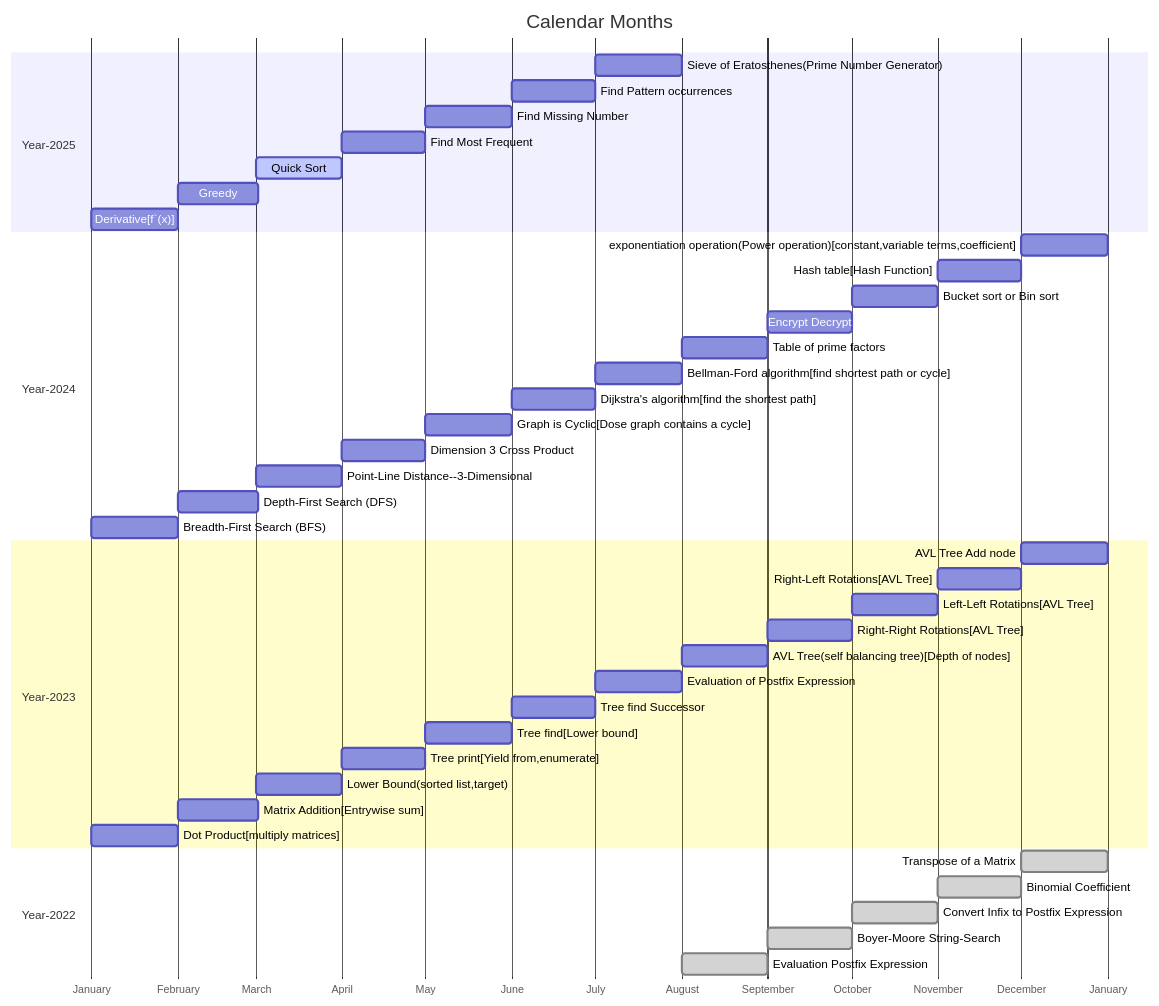
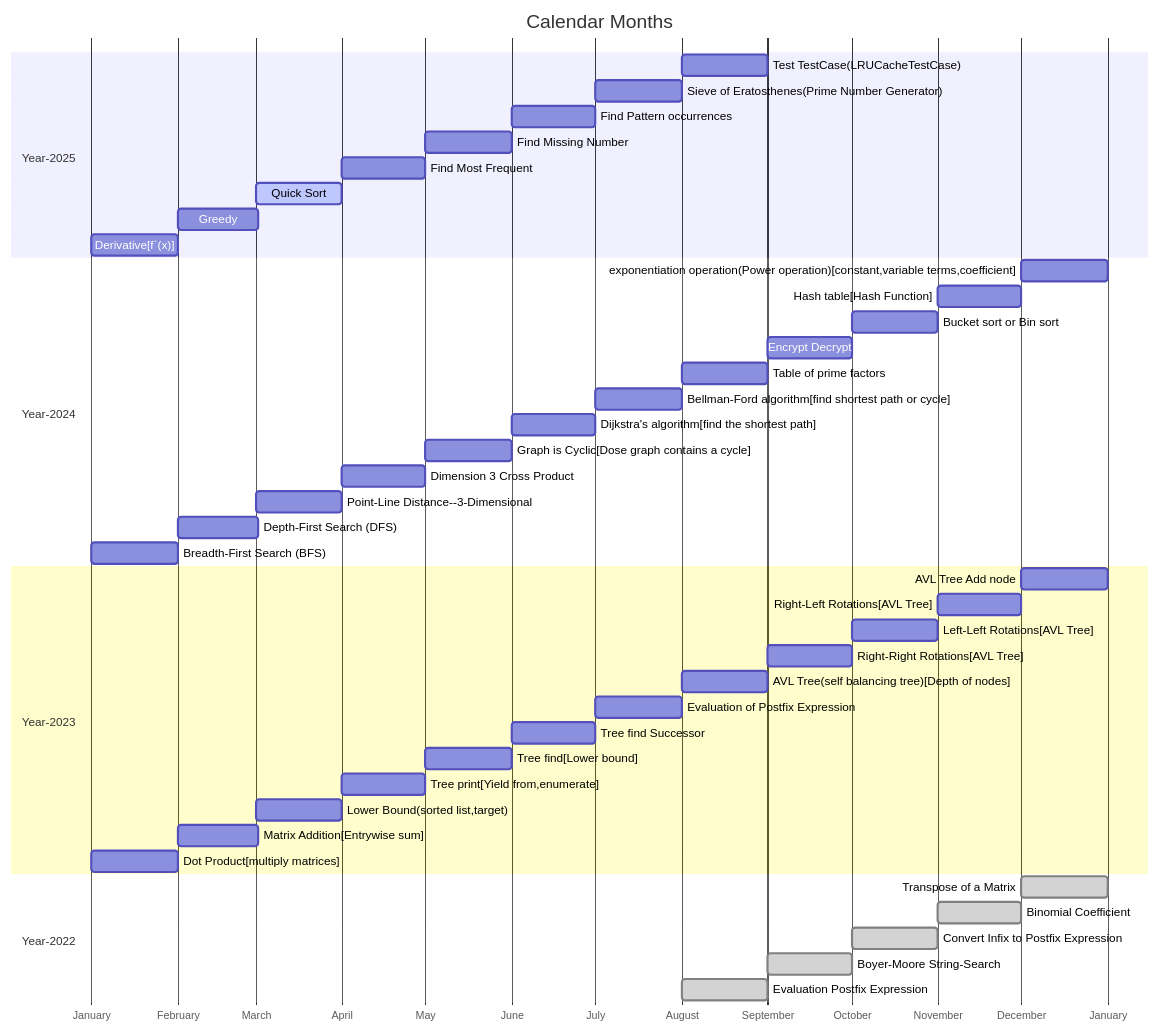
The diagram in src/calendar.md (softtiny/docs.calendar), drawn with Mermaid before and after one commit. The commit also changed 2 other files, not shown here.

````diff
--- a/src/calendar.md
+++ b/src/calendar.md
@@ -2,47 +2,48 @@
 ```mermaid
 
 gantt
     title Calendar Months
     dateFormat MM-DD
     axisFormat %B
     section Year-2025
+        Test TestCase(LRUCacheTestCase) :08-01, 31d
         Sieve of Eratosthenes(Prime Number Generator)    :07-01, 31d
         Find Pattern occurrences :06-01, 30d
         Find Missing Number :05-01, 31d
         Find Most Frequent :04-01, 30d
         Quick Sort      :active, 03-01, 31d
         Greedy          :02-01, 29d
         Derivative[f`(x)]          :01-01, 31d
     section Year-2024
         exponentiation operation(Power operation)[constant,variable terms,coefficient]  :12-01, 31d
         Hash table[Hash Function]  :11-01, 30d
         Bucket sort or Bin sort  :10-01, 31d
         Encrypt Decrypt  :09-01, 30d
         Table of prime factors  :08-01, 31d
         Bellman-Ford algorithm[find shortest path or cycle] :07-01, 31d
         Dijkstra's algorithm[find the shortest path] :06-01, 30d
         Graph is Cyclic[Dose graph contains a cycle]  :05-01, 31d
         Dimension 3 Cross Product  :04-01, 30d
         Point-Line Distance--3-Dimensional  :03-01, 31d
         Depth-First Search (DFS)          :02-01, 29d
         Breadth-First Search (BFS)          :01-01, 31d
     section Year-2023
         AVL Tree Add node :12-01, 31d
         Right-Left Rotations[AVL Tree] :11-01, 30d
         Left-Left Rotations[AVL Tree] :10-01, 31d
         Right-Right Rotations[AVL Tree] :09-01, 30d
         AVL Tree(self balancing tree)[Depth of nodes] :08-01, 31d
         Evaluation of Postfix Expression :07-01, 31d
         Tree find Successor :06-01, 30d
         Tree find[Lower bound] :05-01, 31d
         Tree print[Yield from,enumerate] :04-01, 30d
         Lower Bound(sorted list,target) :03-01, 31d
         Matrix Addition[Entrywise sum] :02-01, 29d
         Dot Product[multiply matrices] :01-01, 31d
     section Year-2022
         Transpose of a Matrix :done, 12-01, 31d
         Binomial Coefficient :done, 11-01, 30d
         Convert Infix to Postfix Expression :done, 10-01, 31d
         Boyer-Moore String-Search :done, 09-01, 30d
         Evaluation Postfix Expression :done, 08-01, 31d
 ```
````
